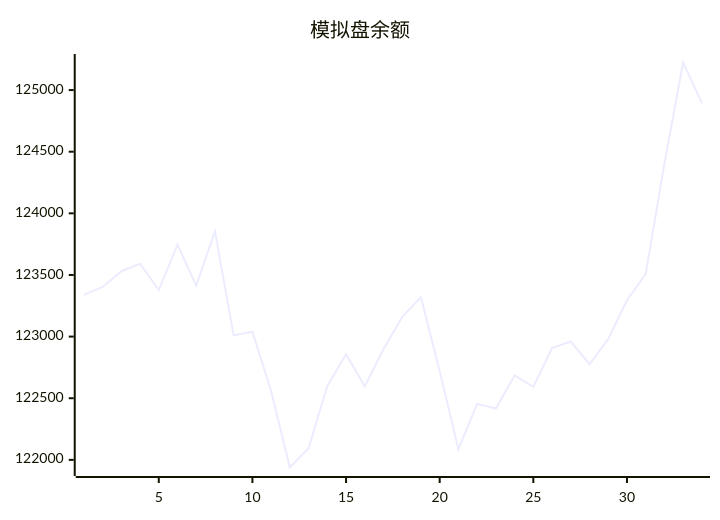
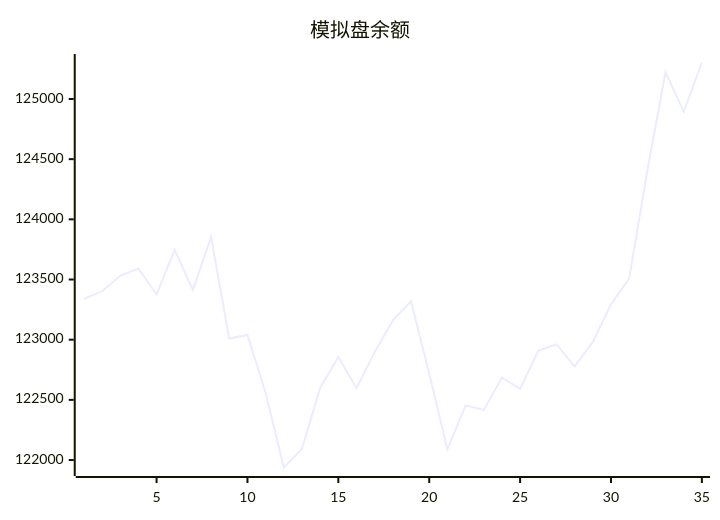
Before and after one commit to aahl/mcp-aktools: the diagram in trading/README.md, drawn with Mermaid. The commit also changed 1 other file, not shown here.

Commit message:
📈 Auto Trading Result

````diff
--- a/trading/README.md
+++ b/trading/README.md
@@ -3,5 +3,5 @@
 ```mermaid
 xychart
     title "模拟盘余额"
-    line [123337.9,123402.4,123530.3,123591.6,123377.9,123745.3,123413.3,123853.1,123009.4,123039.8,122557.0,121938.0,122094.6,122599.0,122856.1,122597.3,122898.1,123160.2,123318.8,122719.1,122086.7,122454.1,122415.9,122685.2,122591.9,122906.8,122960.7,122775.6,122980.9,123294.6,123507.0,124402.7,125223.7,124894.0]
+    line [123337.9,123402.4,123530.3,123591.6,123377.9,123745.3,123413.3,123853.1,123009.4,123039.8,122557.0,121938.0,122094.6,122599.0,122856.1,122597.3,122898.1,123160.2,123318.8,122719.1,122086.7,122454.1,122415.9,122685.2,122591.9,122906.8,122960.7,122775.6,122980.9,123294.6,123507.0,124402.7,125223.7,124894.0,125303.1]
 ```
````
